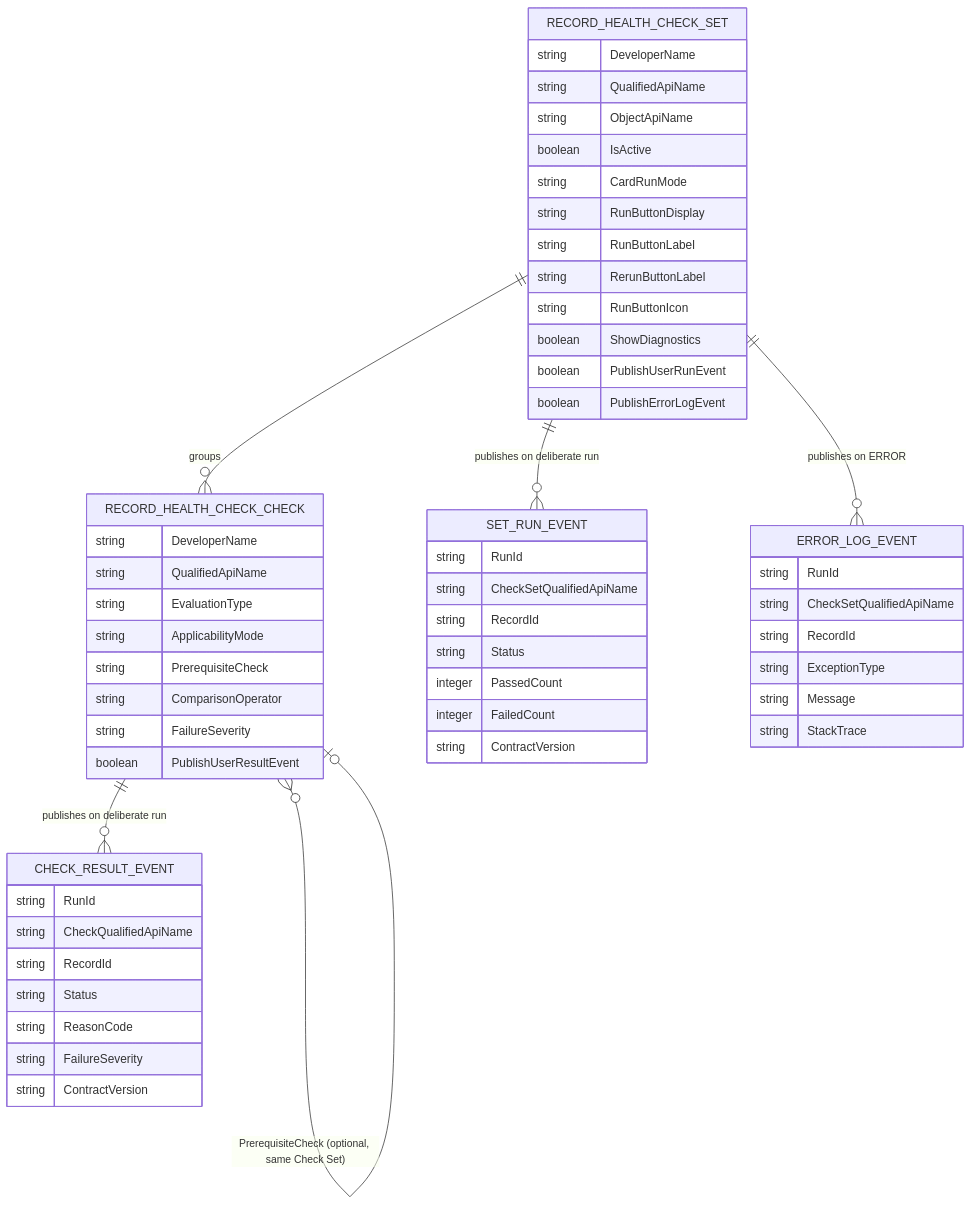
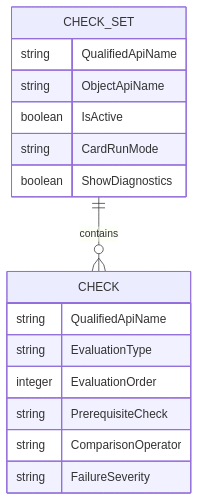
The diagram in docs/reference/framework/data-model.md (gkolan/record-health-check), drawn with Mermaid before and after one commit. The commit also changed other lines of this file and 121 other files, not shown here.

Commit message:
Prepare Record Health Check 2.0.1 release

````diff
--- a/docs/reference/framework/data-model.md
+++ b/docs/reference/framework/data-model.md
@@ -12,60 +19,19 @@
 ```mermaid
 erDiagram
-    RECORD_HEALTH_CHECK_SET ||--o{ RECORD_HEALTH_CHECK_CHECK : "groups"
-    RECORD_HEALTH_CHECK_SET {
-        string DeveloperName
+    CHECK_SET ||--o{ CHECK : "contains"
+    CHECK_SET {
         string QualifiedApiName
         string ObjectApiName
         boolean IsActive
         string CardRunMode
-        string RunButtonDisplay
-        string RunButtonLabel
-        string RerunButtonLabel
-        string RunButtonIcon
         boolean ShowDiagnostics
-        boolean PublishUserRunEvent
-        boolean PublishErrorLogEvent
     }
-    RECORD_HEALTH_CHECK_CHECK {
-        string DeveloperName
+    CHECK {
         string QualifiedApiName
         string EvaluationType
-        string ApplicabilityMode
+        integer EvaluationOrder
         string PrerequisiteCheck
         string ComparisonOperator
         string FailureSeverity
-        boolean PublishUserResultEvent
-    }
-    RECORD_HEALTH_CHECK_CHECK }o--o| RECORD_HEALTH_CHECK_CHECK : "PrerequisiteCheck (optional, same Check Set)"
-
-    RECORD_HEALTH_CHECK_SET ||--o{ SET_RUN_EVENT : "publishes on deliberate run"
-    RECORD_HEALTH_CHECK_CHECK ||--o{ CHECK_RESULT_EVENT : "publishes on deliberate run"
-    RECORD_HEALTH_CHECK_SET ||--o{ ERROR_LOG_EVENT : "publishes on ERROR"
-
-    SET_RUN_EVENT {
-        string RunId
-        string CheckSetQualifiedApiName
-        string RecordId
-        string Status
-        integer PassedCount
-        integer FailedCount
-        string ContractVersion
-    }
-    CHECK_RESULT_EVENT {
-        string RunId
-        string CheckQualifiedApiName
-        string RecordId
-        string Status
-        string ReasonCode
-        string FailureSeverity
-        string ContractVersion
-    }
-    ERROR_LOG_EVENT {
-        string RunId
-        string CheckSetQualifiedApiName
-        string RecordId
-        string ExceptionType
-        string Message
-        string StackTrace
     }
 ```
````
